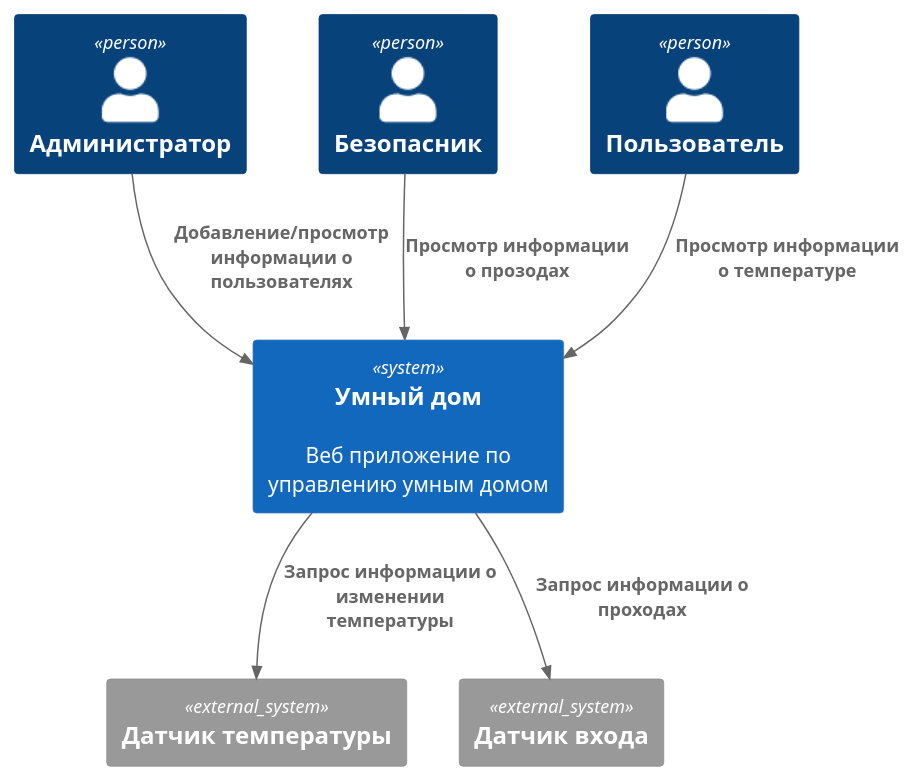
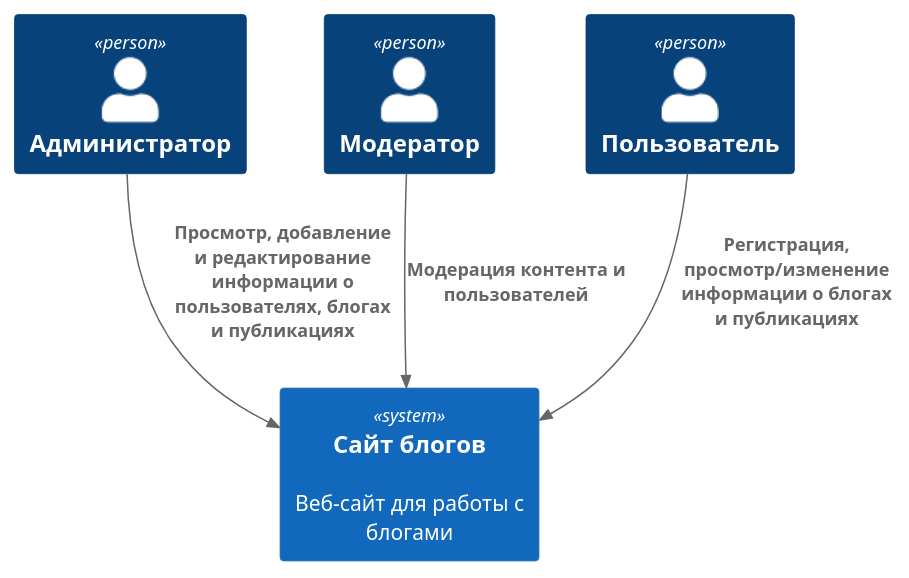
Before and after one commit to standardPrimitive/homework: the diagram in context.md, drawn with PlantUML. The commit also changed other lines of this file and 2 other files, not shown here.

Commit message:
новое задание

````diff
--- a/context.md
+++ b/context.md
@@ -4,23 +4,20 @@
 ```plantuml
 @startuml
 !include https://raw.githubusercontent.com/plantuml-stdlib/C4-PlantUML/master/C4_Container.puml
 
 Person(admin, "Администратор")
-Person(security, "Безопасник")
+Person(moderator, "Модератор")
 Person(user, "Пользователь")
 
-System(smart_house, "Умный дом", "Веб приложение по управлению умным домом")
-System_Ext(temp,"Датчик температуры")
-System_Ext(door,"Датчик входа")
+System(conference_site, "Сайт блогов", "Веб-сайт для работы с блогами")
 
 
-Rel(admin, smart_house, "Добавление/просмотр информации о пользователях")
-Rel(security, smart_house,"Просмотр информации о прозодах")
-Rel(user, smart_house,"Просмотр информации о температуре")
 
-Rel_D(smart_house,temp,"Запрос информации о изменении температуры")
-Rel_D(smart_house,door,"Запрос информации о проходах")
+Rel(admin, conference_site, "Просмотр, добавление и редактирование информации о пользователях, блогах и публикациях")
+Rel(moderator, conference_site, "Модерация контента и пользователей")
+Rel(user, conference_site, "Регистрация, просмотр/изменение информации о блогах и публикациях")
+
 
 
 @enduml
 ```
````
